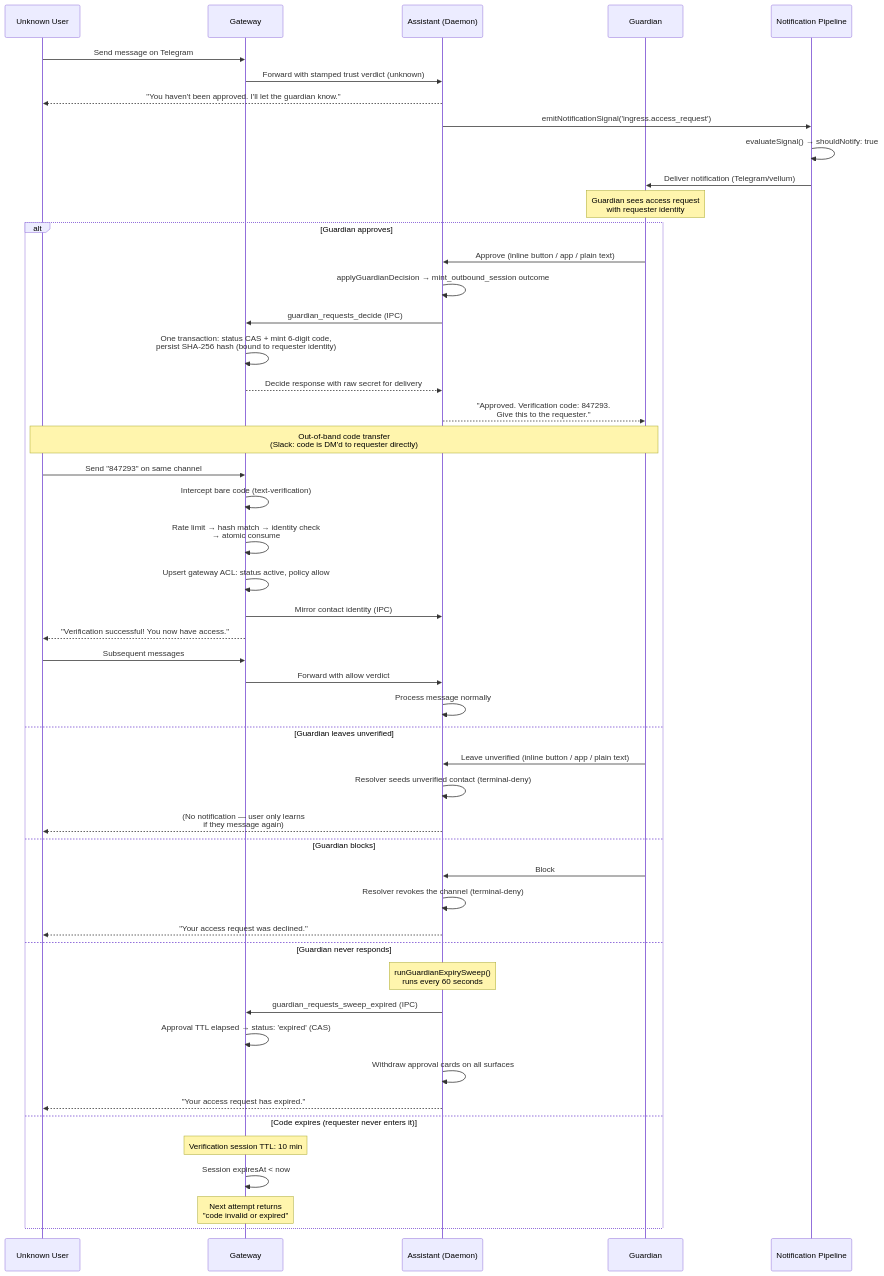
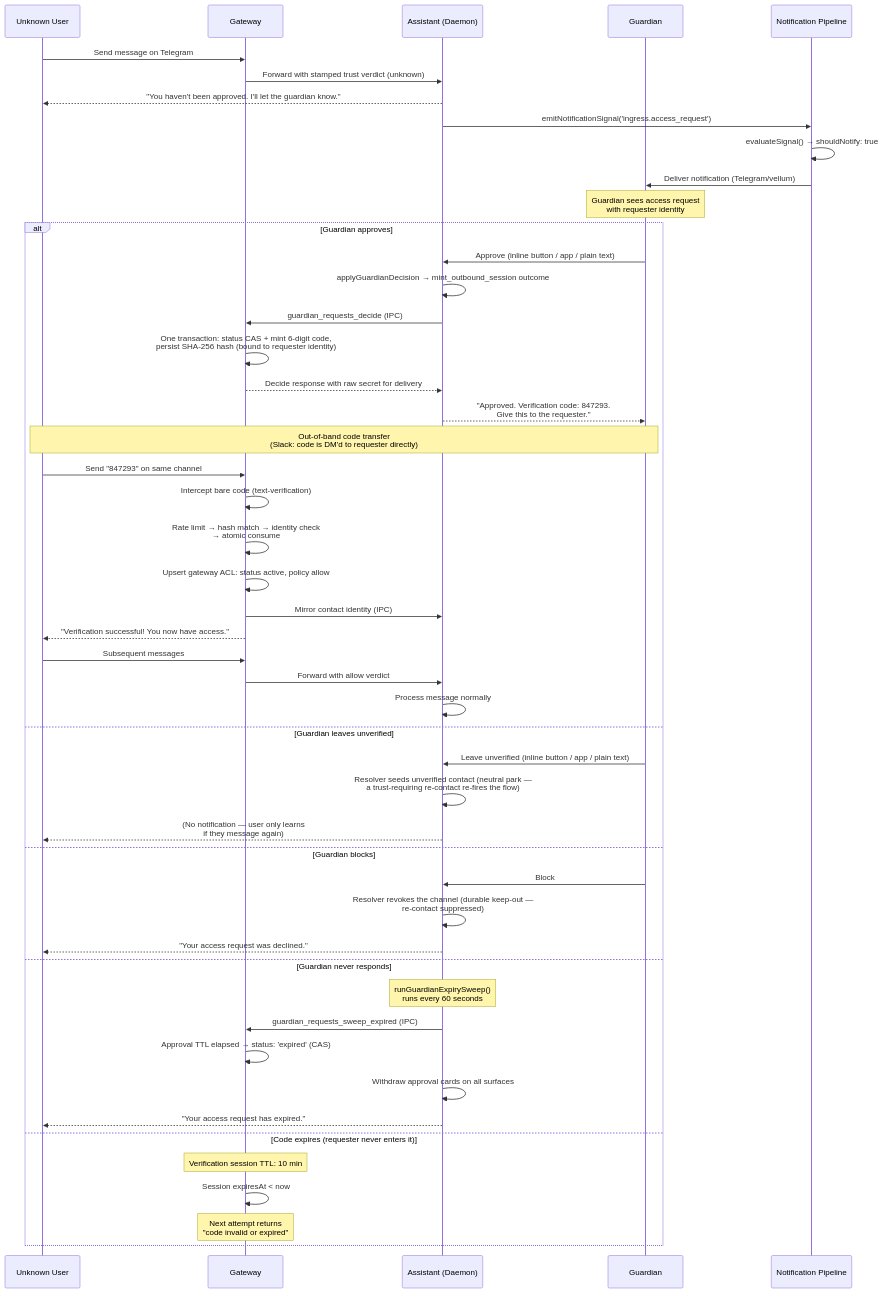
Before and after one commit to vellum-ai/vellum-assistant: the diagram in assistant/docs/trusted-contact-access.md, drawn with Mermaid. The commit also changed other lines of this file and 8 other files, not shown here.

````diff
--- a/assistant/docs/trusted-contact-access.md
+++ b/assistant/docs/trusted-contact-access.md
@@ -155,62 +162,62 @@
 ```mermaid
 sequenceDiagram
     participant U as Unknown User
     participant GW as Gateway
     participant A as Assistant (Daemon)
     participant G as Guardian
     participant N as Notification Pipeline
 
     U->>GW: Send message on Telegram
     GW->>A: Forward with stamped trust verdict (unknown)
     A-->>U: "You haven't been approved. I'll let the guardian know."
 
     A->>N: emitNotificationSignal('ingress.access_request')
     N->>N: evaluateSignal() → shouldNotify: true
     N->>G: Deliver notification (Telegram/vellum)
 
     Note over G: Guardian sees access request<br/>with requester identity
 
     alt Guardian approves
         G->>A: Approve (inline button / app / plain text)
         A->>A: applyGuardianDecision → mint_outbound_session outcome
         A->>GW: guardian_requests_decide (IPC)
         GW->>GW: One transaction: status CAS + mint 6-digit code,<br/>persist SHA-256 hash (bound to requester identity)
         GW-->>A: Decide response with raw secret for delivery
         A-->>G: "Approved. Verification code: 847293.<br/>Give this to the requester."
 
         Note over G,U: Out-of-band code transfer<br/>(Slack: code is DM'd to requester directly)
 
         U->>GW: Send "847293" on same channel
         GW->>GW: Intercept bare code (text-verification)
         GW->>GW: Rate limit → hash match → identity check<br/>→ atomic consume
         GW->>GW: Upsert gateway ACL: status active, policy allow
         GW->>A: Mirror contact identity (IPC)
         GW-->>U: "Verification successful! You now have access."
 
         U->>GW: Subsequent messages
         GW->>A: Forward with allow verdict
         A->>A: Process message normally
 
     else Guardian leaves unverified
         G->>A: Leave unverified (inline button / app / plain text)
-        A->>A: Resolver seeds unverified contact (terminal-deny)
+        A->>A: Resolver seeds unverified contact (neutral park —<br/>a trust-requiring re-contact re-fires the flow)
         A-->>U: (No notification — user only learns<br/>if they message again)
 
     else Guardian blocks
         G->>A: Block
-        A->>A: Resolver revokes the channel (terminal-deny)
+        A->>A: Resolver revokes the channel (durable keep-out —<br/>re-contact suppressed)
         A-->>U: "Your access request was declined."
 
     else Guardian never responds
         Note over A: runGuardianExpirySweep()<br/>runs every 60 seconds
         A->>GW: guardian_requests_sweep_expired (IPC)
         GW->>GW: Approval TTL elapsed → status: 'expired' (CAS)
         A->>A: Withdraw approval cards on all surfaces
         A-->>U: "Your access request has expired."
 
     else Code expires (requester never enters it)
         Note over GW: Verification session TTL: 10 min
         GW->>GW: Session expiresAt < now
         Note over GW: Next attempt returns<br/>"code invalid or expired"
     end
 ```
````
